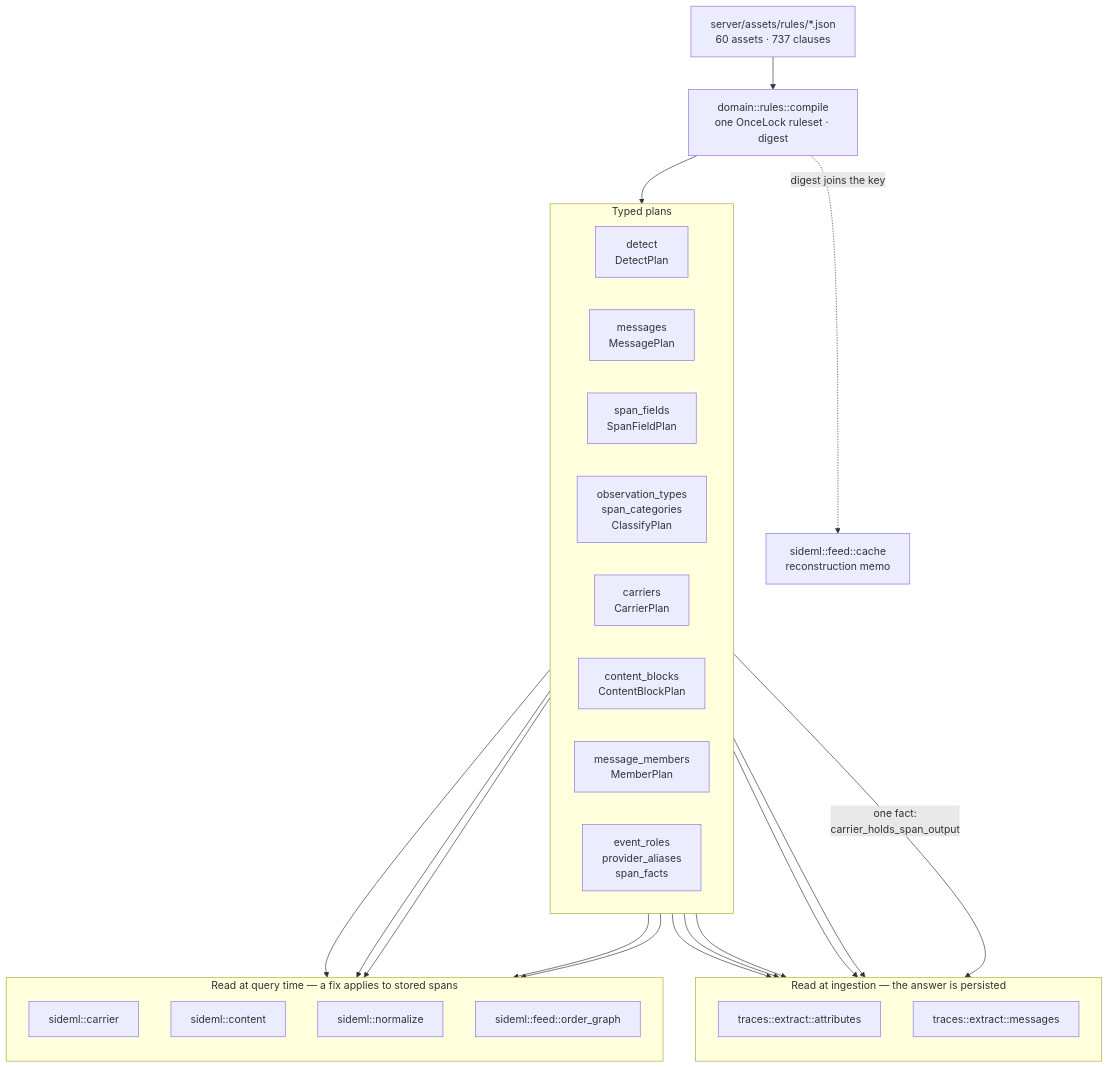
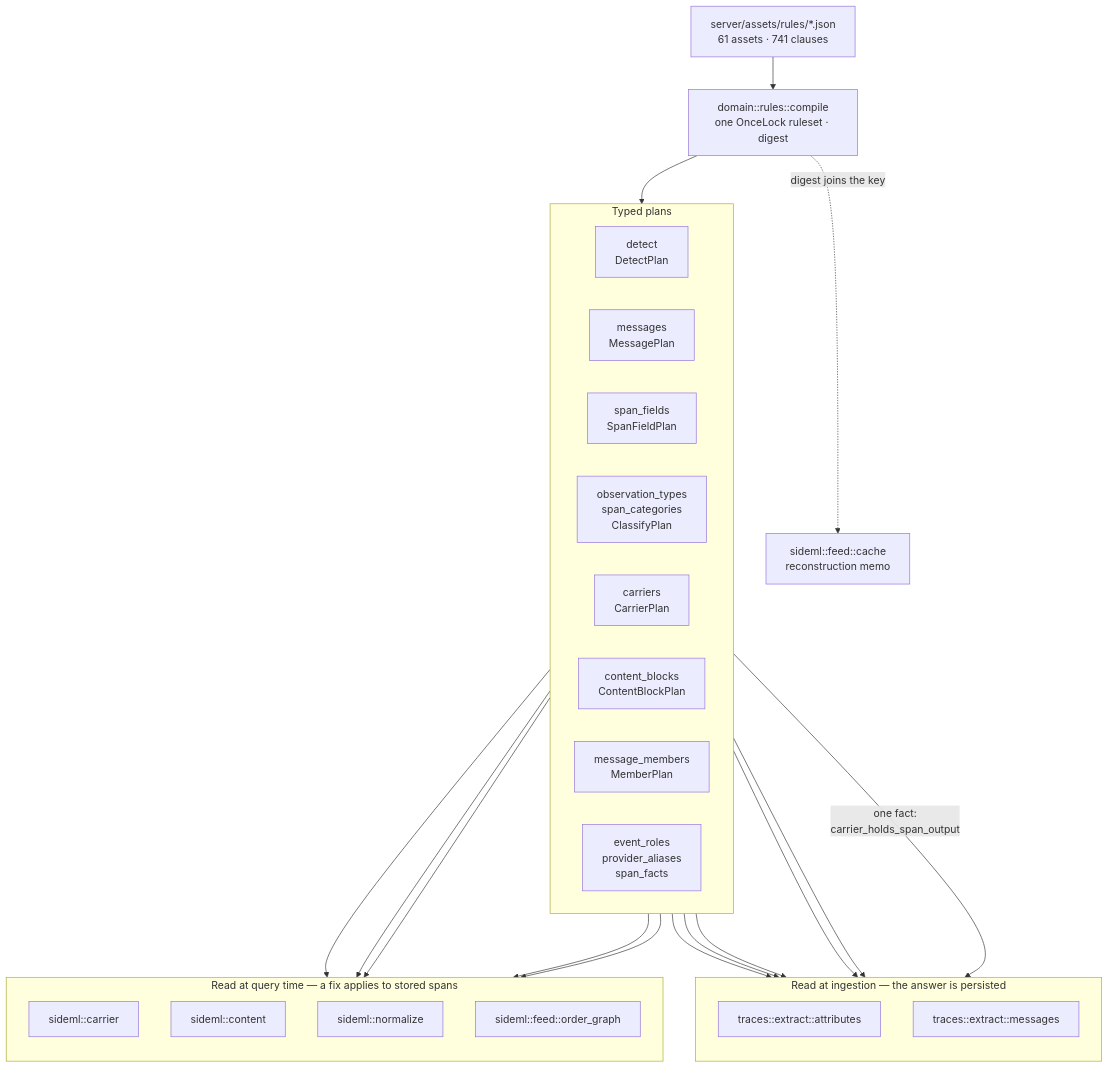
Before and after one commit to sideseat/sideseat: the first of 7 diagrams in docs/engineering/architecture-diagrams.md, drawn with Mermaid. The commit also changed 19 other files, not shown here.

````diff
--- a/docs/engineering/architecture-diagrams.md
+++ b/docs/engineering/architecture-diagrams.md
@@ -18,47 +18,47 @@
 ```mermaid
 flowchart TB
-    assets["server/assets/rules/*.json<br/>60 assets · 737 clauses"]
+    assets["server/assets/rules/*.json<br/>61 assets · 741 clauses"]
     compile["domain::rules::compile<br/>one OnceLock ruleset · digest"]
     assets --> compile
 
     subgraph plans["Typed plans"]
         direction LR
         detect["detect<br/>DetectPlan"]
         messages["messages<br/>MessagePlan"]
         fields["span_fields<br/>SpanFieldPlan"]
         classify["observation_types<br/>span_categories<br/>ClassifyPlan"]
         carriers["carriers<br/>CarrierPlan"]
         blocks["content_blocks<br/>ContentBlockPlan"]
         members["message_members<br/>MemberPlan"]
         roles["event_roles<br/>provider_aliases<br/>span_facts"]
     end
     compile --> plans
 
     subgraph ingest["Read at ingestion — the answer is persisted"]
         direction TB
         attrs["traces::extract::attributes"]
         msgs["traces::extract::messages"]
     end
 
     subgraph query["Read at query time — a fix applies to stored spans"]
         direction TB
         carrier["sideml::carrier"]
         content["sideml::content"]
         normalize["sideml::normalize"]
         order["sideml::feed::order_graph"]
     end
 
     detect --> attrs
     fields --> attrs
     classify --> attrs
     roles --> attrs
     messages --> msgs
     carriers -->|"one fact:<br/>carrier_holds_span_output"| msgs
     carriers --> carrier
     carriers --> order
     blocks --> content
     members --> content
     roles --> normalize
 
     compile -. "digest joins the key" .-> cache["sideml::feed::cache<br/>reconstruction memo"]
 ```
````
